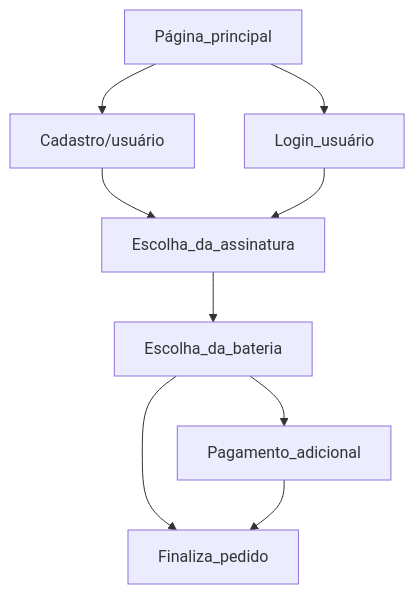
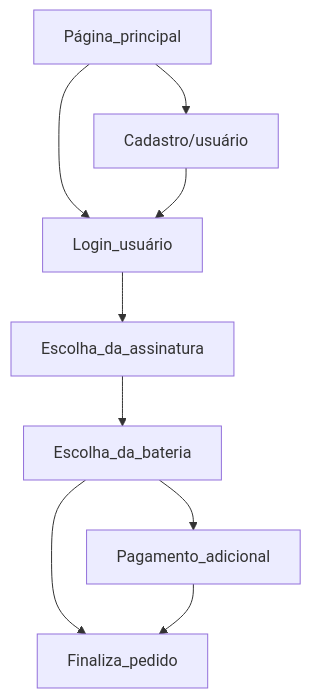
Before and after one commit to wagnermor/PowerGreen: the diagram in README.md, drawn with Mermaid. The commit also changed other lines of this file, not shown here.

Commit message:
Fix:user flow in readme

````diff
--- a/README.md
+++ b/README.md
@@ -14,11 +14,11 @@
 ```mermaid
 graph TD;
 Página_principal-->Cadastro/usuário;
 Página_principal-->Login_usuário;
-Cadastro/usuário-->Escolha_da_assinatura;
+Cadastro/usuário-->Login_usuário;
 Login_usuário-->Escolha_da_assinatura;
 Escolha_da_assinatura-->Escolha_da_bateria;
 Escolha_da_bateria-->Pagamento_adicional;
 Escolha_da_bateria-->Finaliza_pedido;
 Pagamento_adicional-->Finaliza_pedido;
 ```
````
